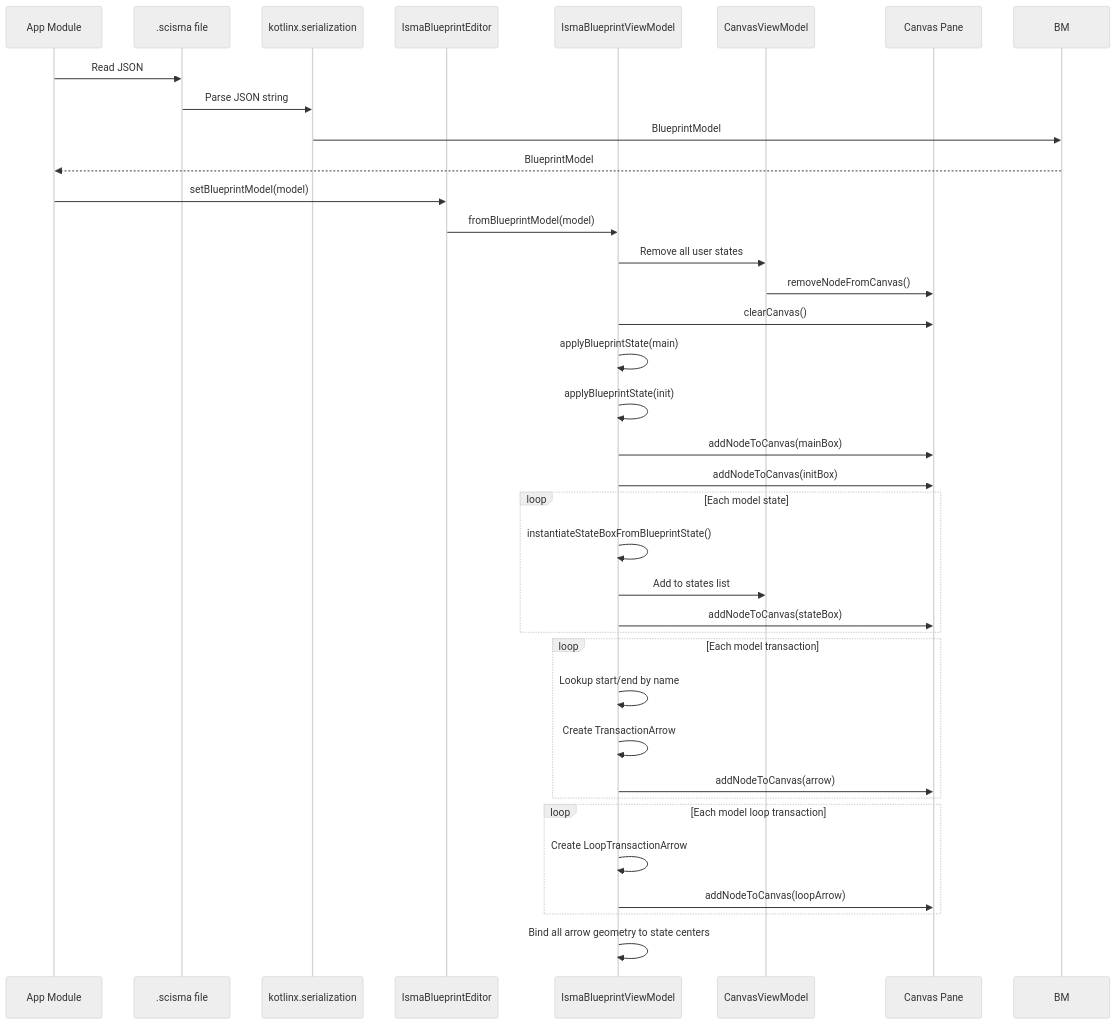
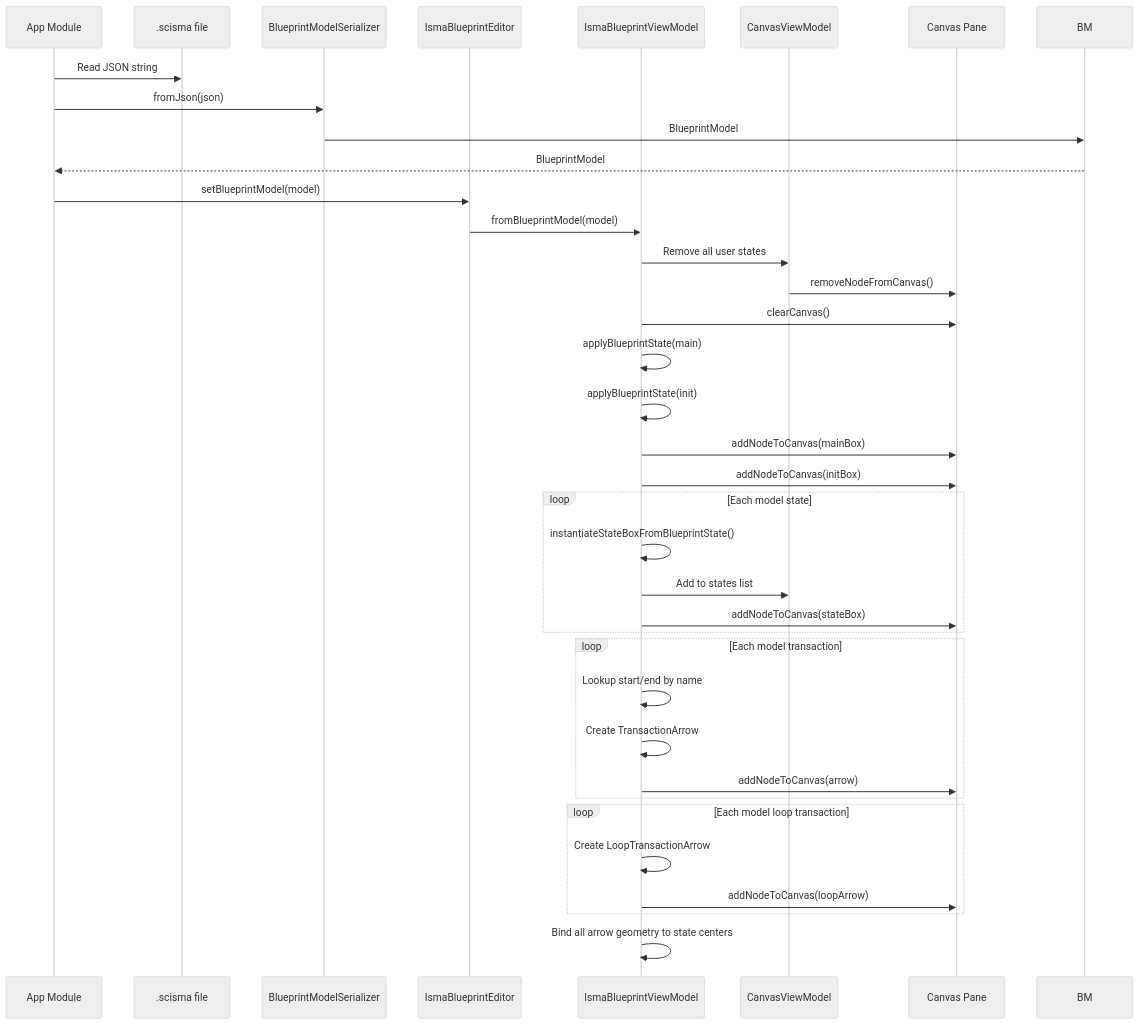
Before and after one commit to SmallBossGames/isma: the second of 2 diagrams in docs/isma-ui/blueprint-editor/01-architecture.md, drawn with Mermaid (neutral theme). The commit also changed other lines of this file and 2 other files, not shown here.

````diff
--- a/docs/isma-ui/blueprint-editor/01-architecture.md
+++ b/docs/isma-ui/blueprint-editor/01-architecture.md
@@ -122,39 +122,39 @@
 ```mermaid
 sequenceDiagram
     participant App as App Module
     participant File as .scisma file
-    participant JSON as kotlinx.serialization
+    participant BMS as BlueprintModelSerializer
     participant Editor as IsmaBlueprintEditor
     participant VM as IsmaBlueprintViewModel
     participant CVM as CanvasViewModel
     participant Canvas as Canvas Pane
 
-    App->>File: Read JSON
-    File->>JSON: Parse JSON string
-    JSON->>BM: BlueprintModel
+    App->>File: Read JSON string
+    App->>BMS: fromJson(json)
+    BMS->>BM: BlueprintModel
     BM-->>App: BlueprintModel
     App->>Editor: setBlueprintModel(model)
     Editor->>VM: fromBlueprintModel(model)
     VM->>CVM: Remove all user states
     CVM->>Canvas: removeNodeFromCanvas()
     VM->>Canvas: clearCanvas()
     VM->>VM: applyBlueprintState(main)
     VM->>VM: applyBlueprintState(init)
     VM->>Canvas: addNodeToCanvas(mainBox)
     VM->>Canvas: addNodeToCanvas(initBox)
     loop Each model state
         VM->>VM: instantiateStateBoxFromBlueprintState()
         VM->>CVM: Add to states list
         VM->>Canvas: addNodeToCanvas(stateBox)
     end
     loop Each model transaction
         VM->>VM: Lookup start/end by name
         VM->>VM: Create TransactionArrow
         VM->>Canvas: addNodeToCanvas(arrow)
     end
     loop Each model loop transaction
         VM->>VM: Create LoopTransactionArrow
         VM->>Canvas: addNodeToCanvas(loopArrow)
     end
     VM->>VM: Bind all arrow geometry to state centers
 ```
````
